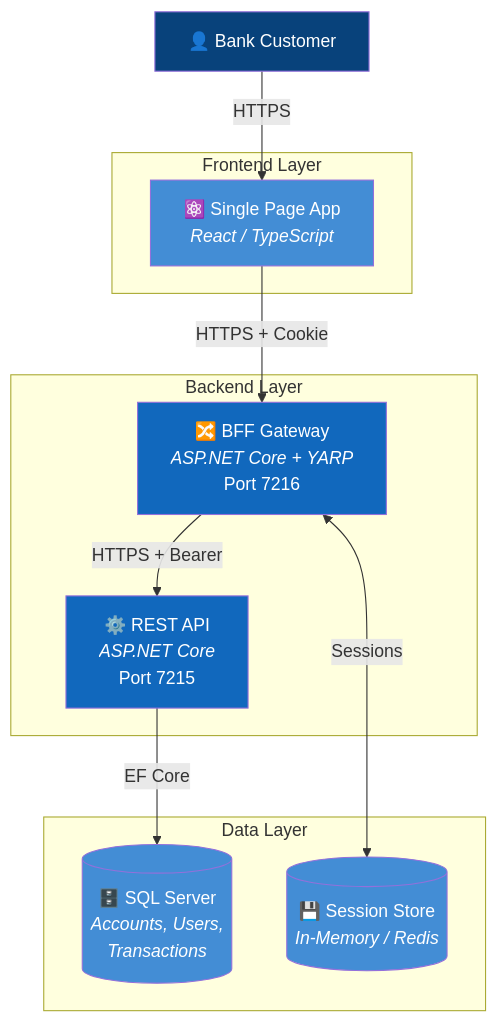
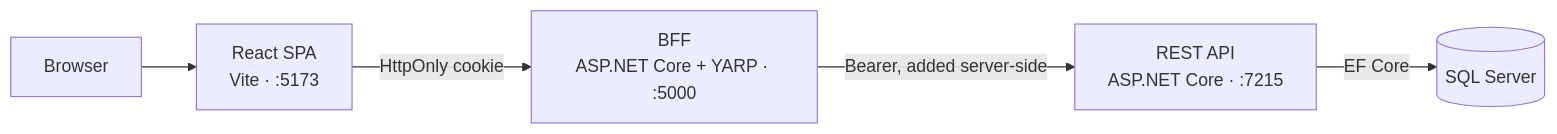
Before and after one commit to Gurgant/azurebank-v2: the diagram in docs/architecture/overview.md, drawn with Mermaid. The commit also changed other lines of this file and 3 other files, not shown here.

````diff
--- a/docs/architecture/overview.md
+++ b/docs/architecture/overview.md
@@ -59,31 +22,13 @@
 ```mermaid
-flowchart TB
-    Customer["👤 Bank Customer"]
+flowchart LR
+    User["Browser"]
+    SPA["React SPA<br/>Vite · :5173"]
+    BFF["BFF<br/>ASP.NET Core + YARP · :5000"]
+    API["REST API<br/>ASP.NET Core · :7215"]
+    DB[("SQL Server")]
 
-    subgraph Frontend["Frontend Layer"]
-        SPA["⚛️ Single Page App<br/><i>React / TypeScript</i>"]
-    end
-
-    subgraph Backend["Backend Layer"]
-        BFF["🔀 BFF Gateway<br/><i>ASP.NET Core + YARP</i><br/>Port 7216"]
-        API["⚙️ REST API<br/><i>ASP.NET Core</i><br/>Port 7215"]
-    end
-
-    subgraph Data["Data Layer"]
-        DB[("🗄️ SQL Server<br/><i>Accounts, Users,<br/>Transactions</i>")]
-        Session[("💾 Session Store<br/><i>In-Memory / Redis</i>")]
-    end
-
-    Customer -->|"HTTPS"| SPA
-    SPA -->|"HTTPS + Cookie"| BFF
-    BFF -->|"HTTPS + Bearer"| API
-    BFF <-->|"Sessions"| Session
+    User --> SPA
+    SPA -->|"HttpOnly cookie"| BFF
+    BFF -->|"Bearer, added server-side"| API
     API -->|"EF Core"| DB
-
-    style Customer fill:#08427b,color:#fff
-    style SPA fill:#438dd5,color:#fff
-    style BFF fill:#1168bd,color:#fff
-    style API fill:#1168bd,color:#fff
-    style DB fill:#438dd5,color:#fff
-    style Session fill:#438dd5,color:#fff
 ```
````
